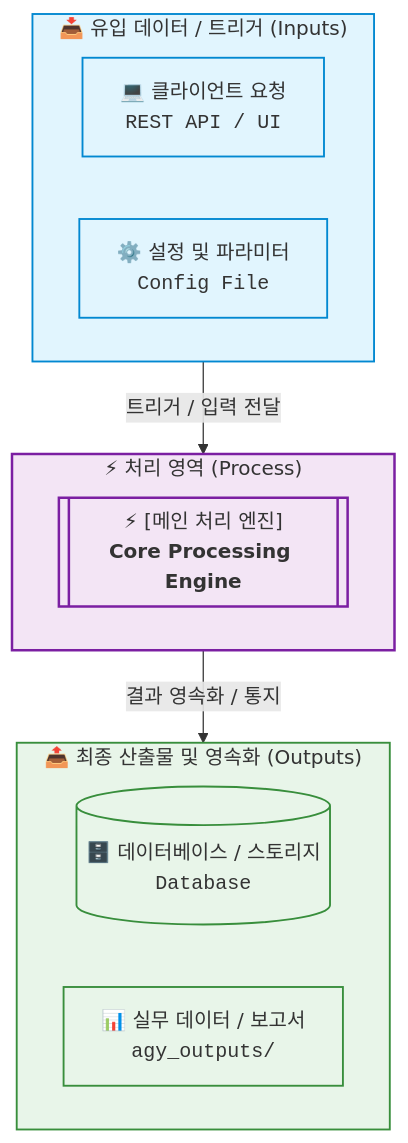
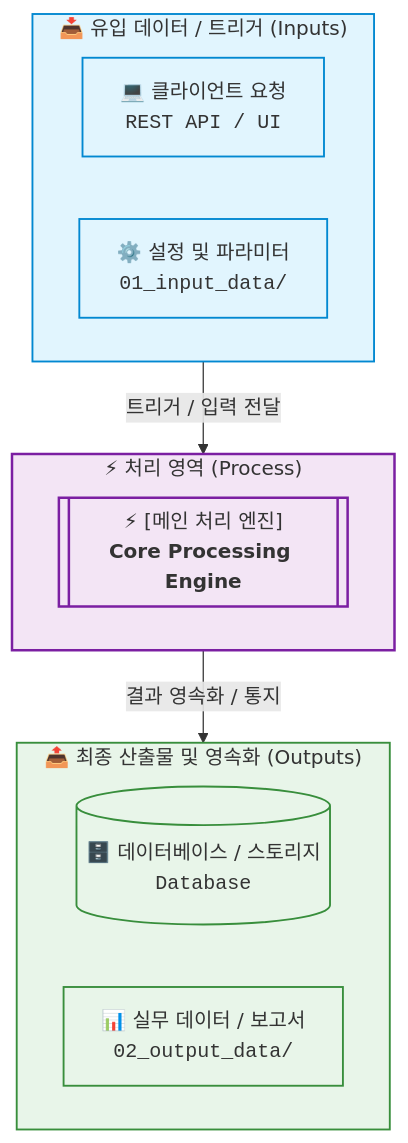
The first of 2 diagrams in .agents/skills/artifact-standard/templates/template_plan.md (kumabrown/agy), drawn with Mermaid before and after one commit. The commit also changed other lines of this file and 8 other files, not shown here.

````diff
--- a/.agents/skills/artifact-standard/templates/template_plan.md
+++ b/.agents/skills/artifact-standard/templates/template_plan.md
@@ -56,29 +56,29 @@
 ```mermaid
 flowchart TD
     subgraph Inputs ["📥 유입 데이터 / 트리거 (Inputs)"]
         In_A["💻 클라이언트 요청<br/><code>REST API / UI</code>"]
-        In_B["⚙️ 설정 및 파라미터<br/><code>Config File</code>"]
+        In_B["⚙️ 설정 및 파라미터<br/><code>01_input_data/</code>"]
     end
 
     subgraph Process ["⚡ 처리 영역 (Process)"]
         CoreSystem[["⚡ [메인 처리 엔진]<br/><b>Core Processing Engine</b>"]]
     end
 
     subgraph Outputs ["📤 최종 산출물 및 영속화 (Outputs)"]
         Out_A[("🗄️ 데이터베이스 / 스토리지<br/><code>Database</code>")]
-        Out_B["📊 실무 데이터 / 보고서<br/><code>agy_outputs/</code>"]
+        Out_B["📊 실무 데이터 / 보고서<br/><code>02_output_data/</code>"]
     end
 
     %% 서브그래프 ID 간 직접 연결 (내부 세부 노드가 아닌 단계 박스 전체를 가리킴)
     Inputs -- "트리거 / 입력 전달" --> Process
     Process -- "결과 영속화 / 통지" --> Outputs
 
     %% 디자인 요소 스타일링 적용
     classDef inputStyle fill:#e1f5fe,stroke:#0288d1,stroke-width:1.5px;
     classDef coreStyle fill:#f3e5f5,stroke:#7b1fa2,stroke-width:2px;
     classDef outputStyle fill:#e8f5e9,stroke:#388e3c,stroke-width:1.5px;
 
     class Inputs,In_A,In_B inputStyle;
     class Process,CoreSystem coreStyle;
     class Outputs,Out_A,Out_B outputStyle;
 ```
````
